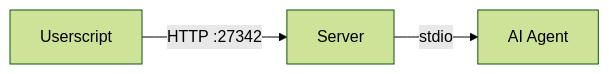
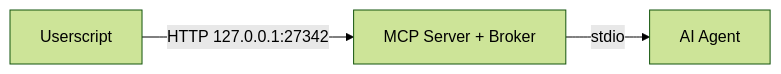
One commit to comicchang/iitc-mcp changed the first of 2 diagrams in README.md. Above: the diagram before and after it, drawn with Mermaid (forest theme). The commit also changed other lines of this file and 41 other files, not shown here.

````diff
--- a/README.md
+++ b/README.md
@@ -150,5 +200,5 @@
 ```mermaid
 graph LR
-    US[Userscript] -->|HTTP :27342| S[Server]
+    US[Userscript] -->|HTTP 127.0.0.1:27342| S[MCP Server + Broker]
     S -->|stdio| AGENT[AI Agent]
 ```
````
